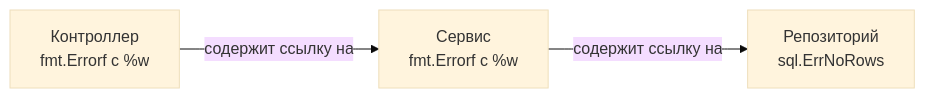
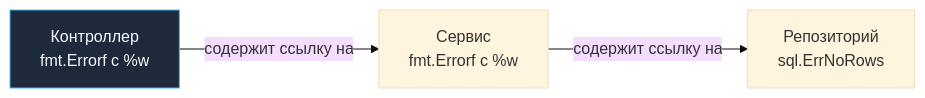
The diagram in sources/5. Учебник по Go (Основы и синтаксис)/12. Обработка ошибок через error.md (UnrealTemplier/go-textbook), drawn with Mermaid (base theme) before and after one commit. The commit also changed 1666 other files, not shown here.

First line of the commit message:
feat(mermaid): add semantic color classDef to 1369 colorless flowchart/graph diagrams

````diff
--- a/sources/5. Учебник по Go (Основы и синтаксис)/12. Обработка ошибок через error.md
+++ b/sources/5. Учебник по Go (Основы и синтаксис)/12. Обработка ошибок через error.md
@@ -121,5 +121,15 @@
 ```mermaid
 flowchart LR
-    Wrap1["Контроллер<br>fmt.Errorf с %w"] -->|"содержит ссылку на"| Wrap2["Сервис<br>fmt.Errorf с %w"]
+    classDef process  fill:#1e293b,stroke:#38bdf8,stroke-width:1px,color:#f8fafc
+    classDef success  fill:#064e3b,stroke:#34d399,stroke-width:1px,color:#f8fafc
+    classDef error    fill:#7f1d1d,stroke:#f87171,stroke-width:1px,color:#f8fafc
+    classDef warning  fill:#78350f,stroke:#fbbf24,stroke-width:1px,color:#f8fafc
+    classDef entry    fill:#1e3a5f,stroke:#38bdf8,stroke-width:2px,color:#f8fafc
+    classDef aux      fill:#334155,stroke:#64748b,stroke-width:1px,color:#f8fafc
+    classDef system   fill:#312e81,stroke:#a78bfa,stroke-width:1px,color:#f8fafc
+    classDef data     fill:#132d29,stroke:#2dd4bf,stroke-width:1px,color:#f8fafc
+    classDef network  fill:#881337,stroke:#fb7185,stroke-width:1px,color:#f8fafc
+    classDef accent   fill:#1e1b4b,stroke:#818cf8,stroke-width:1px,color:#f8fafc
+    Wrap1["Контроллер<br>fmt.Errorf с %w"]:::process -->|"содержит ссылку на"| Wrap2["Сервис<br>fmt.Errorf с %w"]
     Wrap2 -->|"содержит ссылку на"| Base["Репозиторий<br>sql.ErrNoRows"]
 ```
````
